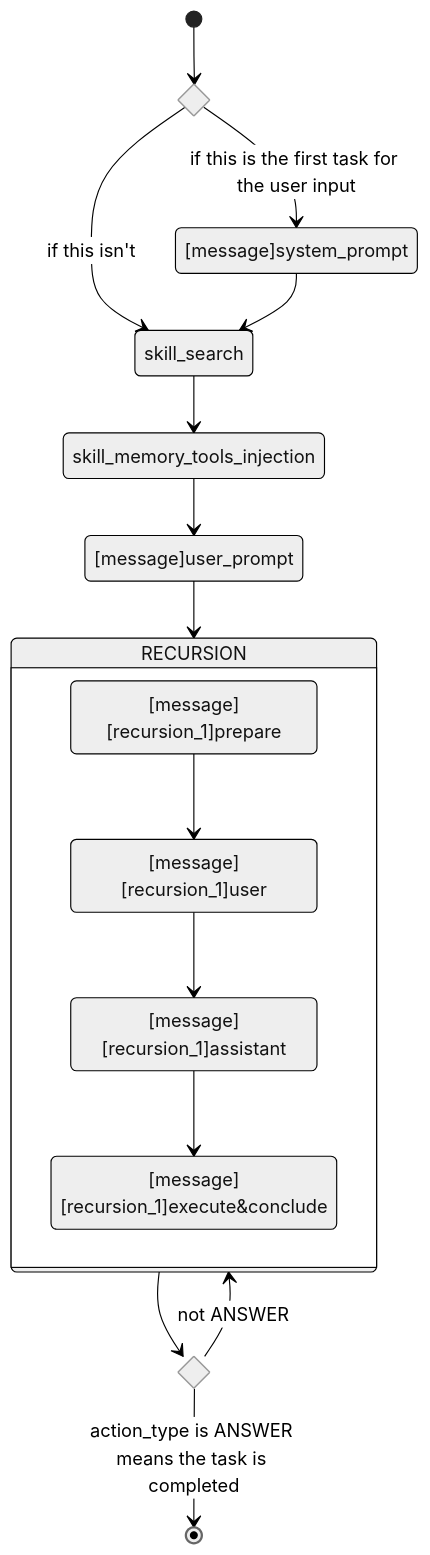
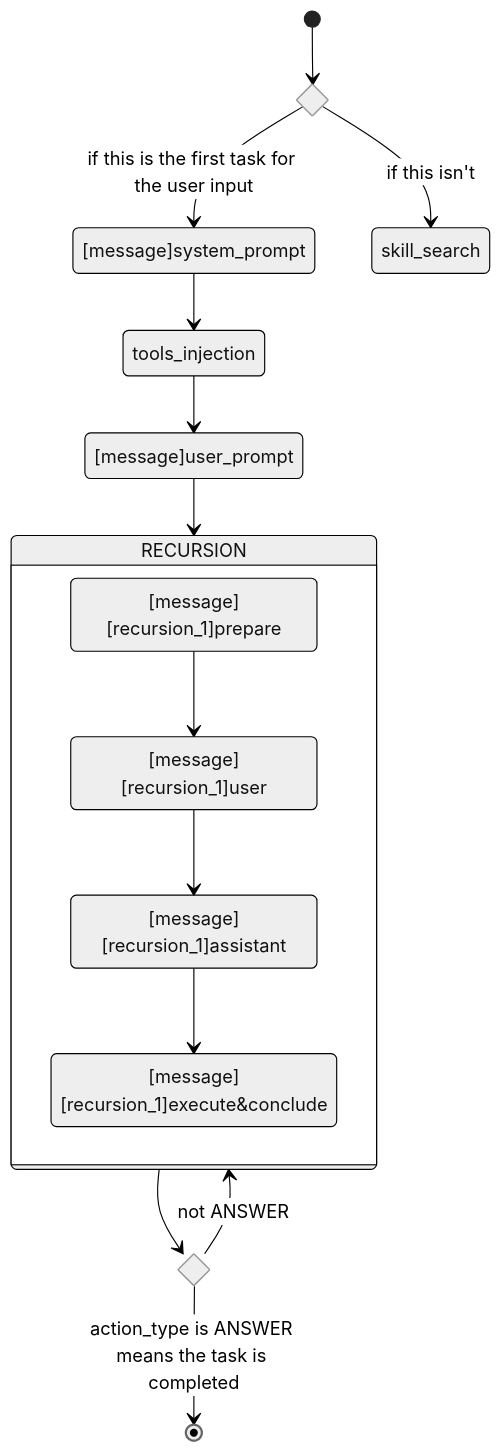
The diagram in docs/react_flow.md (kimjuny/pivot), drawn with Mermaid (neutral theme) before and after one commit. The commit also changed 60 other files, not shown here.

````diff
--- a/docs/react_flow.md
+++ b/docs/react_flow.md
@@ -3,24 +3,23 @@
 ```mermaid
 stateDiagram-v2
 state if_first_time_in_session <<choice>>
 
 [*] --> if_first_time_in_session
 if_first_time_in_session --> [message]system_prompt: if this is the first task for the user input
 if_first_time_in_session --> skill_search: if this isn't
 
-[message]system_prompt --> skill_search
-skill_search --> skill_memory_tools_injection
-skill_memory_tools_injection --> [message]user_prompt
+[message]system_prompt --> tools_injection
+tools_injection --> [message]user_prompt
 [message]user_prompt --> RECURSION
 state RECURSION {
   [message][recursion_1]prepare --> [message][recursion_1]user
   [message][recursion_1]user --> [message][recursion_1]assistant
   [message][recursion_1]assistant --> [message][recursion_1]execute&conclude
 }
 
 state if_action_type_is_answer <<choice>>
 
 RECURSION --> if_action_type_is_answer
 if_action_type_is_answer --> [*]: action_type is ANSWER means the task is completed
 if_action_type_is_answer --> RECURSION: not ANSWER
 ```
````
